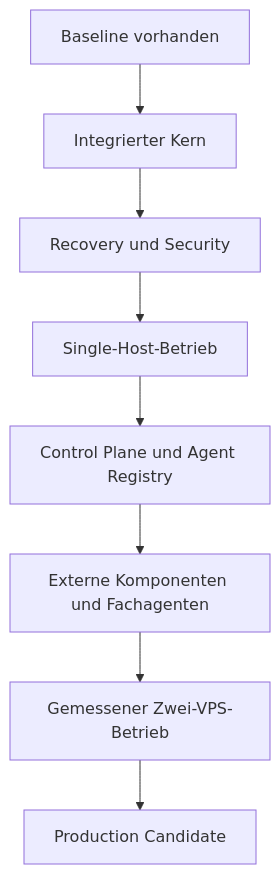
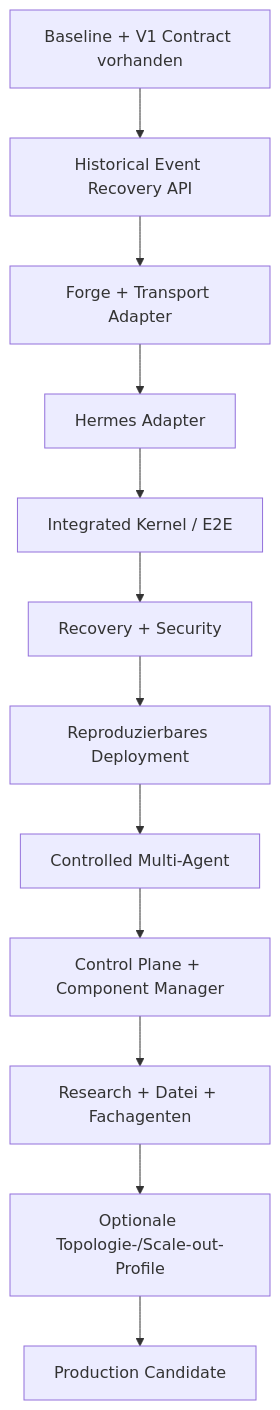
Before and after one commit to ScoreSymphony/AI-Agent-VPS: the diagram in ROADMAP.md, drawn with Mermaid. The commit also changed other lines of this file, not shown here.

Commit message:
docs: update platform roadmap after PR #4

````diff
--- a/ROADMAP.md
+++ b/ROADMAP.md
@@ -69,10 +157,14 @@
 ```mermaid
 flowchart TD
-    B["Baseline vorhanden"] --> K["Integrierter Kern"]
-    K --> R["Recovery und Security"]
-    R --> S["Single-Host-Betrieb"]
-    S --> C["Control Plane und Agent Registry"]
-    C --> E["Externe Komponenten und Fachagenten"]
-    E --> V["Gemessener Zwei-VPS-Betrieb"]
-    V --> P["Production Candidate"]
+    B["Baseline + V1 Contract vorhanden"] --> E["Historical Event Recovery API"]
+    E --> A["Forge + Transport Adapter"]
+    A --> H["Hermes Adapter"]
+    H --> K["Integrated Kernel / E2E"]
+    K --> R["Recovery + Security"]
+    R --> D["Reproduzierbares Deployment"]
+    D --> M["Controlled Multi-Agent"]
+    M --> C["Control Plane + Component Manager"]
+    C --> F["Research + Datei + Fachagenten"]
+    F --> T["Optionale Topologie-/Scale-out-Profile"]
+    T --> P["Production Candidate"]
 ```
````
